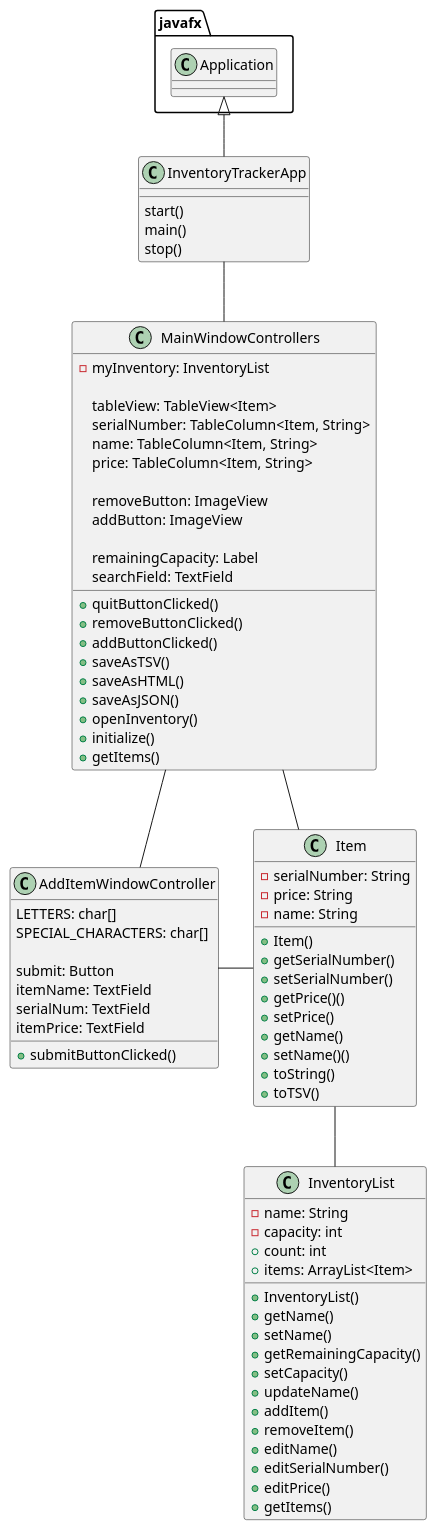
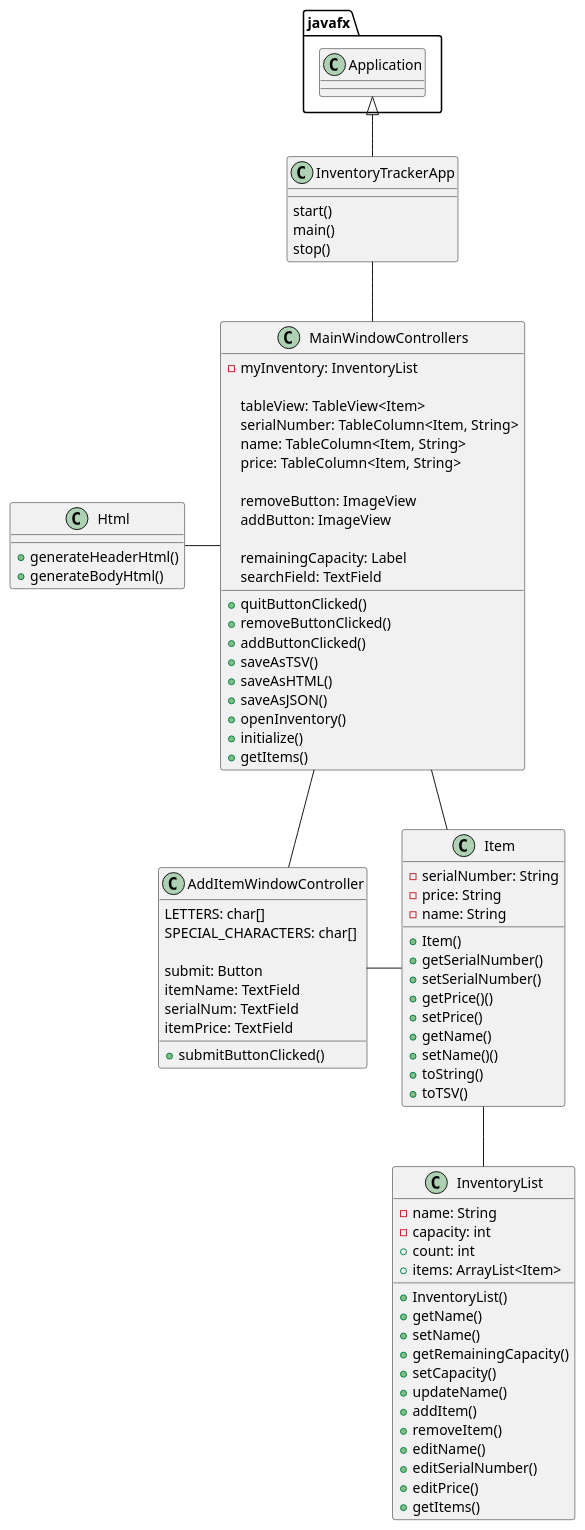
Before and after one commit to Melisac105/cabrera-2589-a5: the diagram in uml/appDiagram.puml, drawn with PlantUML. The commit also changed 7 other files, not shown here.

Commit message:
update uml

```diff
--- a/uml/appDiagram.puml
+++ b/uml/appDiagram.puml
@@ -1,91 +1,97 @@
 @startuml
 'https://plantuml.com/sequence-diagram
 
 class InventoryTrackerApp {
     start()
     main()
     stop()
 }
 
 class MainWindowControllers {
     - myInventory: InventoryList
 
     tableView: TableView<Item>
     serialNumber: TableColumn<Item, String>
     name: TableColumn<Item, String>
     price: TableColumn<Item, String>
 
     removeButton: ImageView
     addButton: ImageView
 
     remainingCapacity: Label
     searchField: TextField
 
     + quitButtonClicked()
     + removeButtonClicked()
     + addButtonClicked()
     + saveAsTSV()
     + saveAsHTML()
     + saveAsJSON()
     + openInventory()
     + initialize()
     + getItems()
 }
 
 class AddItemWindowController {
     LETTERS: char[]
     SPECIAL_CHARACTERS: char[]
 
     submit: Button
     itemName: TextField
     serialNum: TextField
     itemPrice: TextField
 
     + submitButtonClicked()
 }
 
 class Item {
         - serialNumber: String
         - price: String
         - name: String
 
         + Item()
         + getSerialNumber()
         + setSerialNumber()
         + getPrice()()
         + setPrice()
         + getName()
         + setName()()
         + toString()
         + toTSV()
 }
 
 class InventoryList {
     - name: String
     - capacity: int
     + count: int
     + items: ArrayList<Item>
 
     + InventoryList()
     + getName()
     + setName()
     + getRemainingCapacity()
     + setCapacity()
     + updateName()
     + addItem()
     + removeItem()
     + editName()
     + editSerialNumber()
     + editPrice()
     + getItems()
 }
 
+class Html {
+    + generateHeaderHtml()
+    + generateBodyHtml()
+}
+
 
 javafx.Application <|-- InventoryTrackerApp
 InventoryTrackerApp -- MainWindowControllers
 MainWindowControllers -- AddItemWindowController
 MainWindowControllers - Item
 AddItemWindowController - Item
 Item -- InventoryList
+Html - MainWindowControllers
 
 @enduml
```
